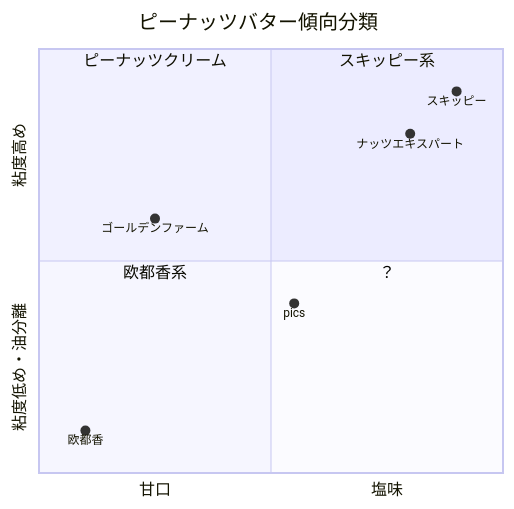
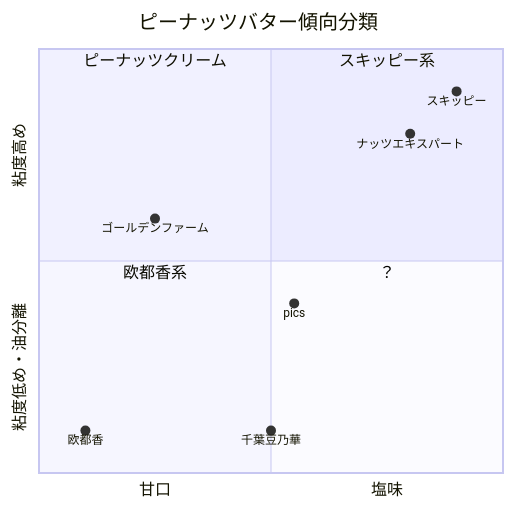
One commit to boronology/documents changed the diagram in content/docs/peanutbutter/index.md. Above: the diagram before and after it, drawn with Mermaid. The commit also changed other lines of this file and 1 other file, not shown here.

````diff
--- a/content/docs/peanutbutter/index.md
+++ b/content/docs/peanutbutter/index.md
@@ -108,16 +119,17 @@
 ```mermaid
 quadrantChart
     title ピーナッツバター傾向分類
     x-axis "甘口" --> "塩味"
     y-axis "粘度低め・油分離" --> "粘度高め"
     quadrant-1 "スキッピー系"
     quadrant-2 "ピーナッツクリーム"
     quadrant-3 "欧都香系"
     quadrant-4 "？"
     
     "スキッピー": [0.90, 0.90]
     "ナッツエキスパート": [0.8, 0.8]
     "欧都香": [0.10, 0.10]
     "ゴールデンファーム": [0.25, 0.6]
     "pics": [0.55, 0.4]
+    "千葉豆乃華": [0.50,0.10]
 ```
````
